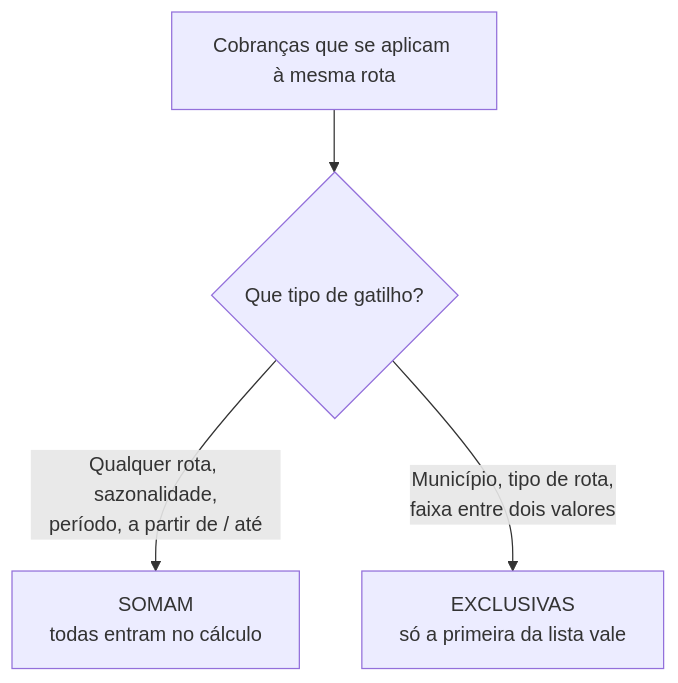
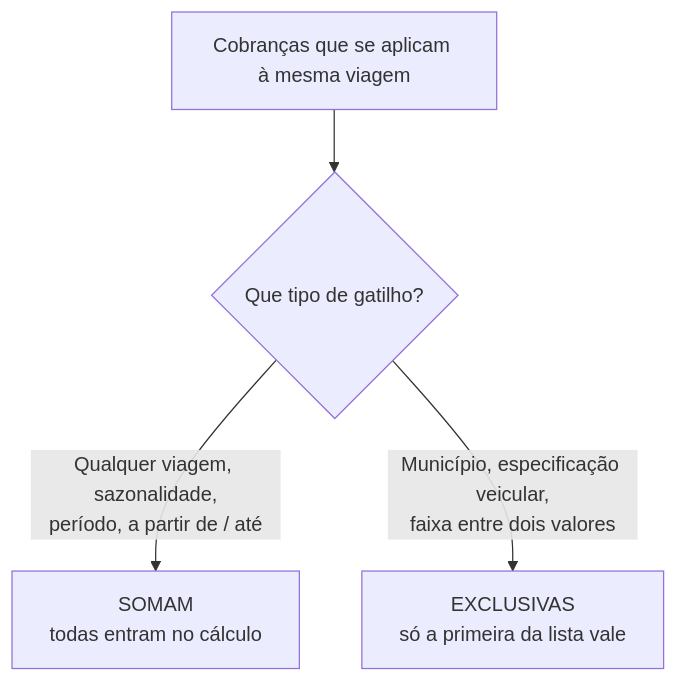
One commit to LocFlowTeam/locflow-docs changed the diagram in configuracoes/motor-de-frete-cobrancas.md. Above: the diagram before and after it, drawn with Mermaid. The commit also changed other lines of this file and 25 other files, not shown here.

````diff
--- a/configuracoes/motor-de-frete-cobrancas.md
+++ b/configuracoes/motor-de-frete-cobrancas.md
@@ -133,6 +137,6 @@
 ```mermaid
 flowchart TD
-    A[Cobranças que se aplicam à mesma rota] --> B{Que tipo de gatilho?}
-    B -->|Qualquer rota, sazonalidade,<br/>período, a partir de / até| C[SOMAM<br/>todas entram no cálculo]
-    B -->|Município, tipo de rota,<br/>faixa entre dois valores| D[EXCLUSIVAS<br/>só a primeira da lista vale]
+    A[Cobranças que se aplicam à mesma viagem] --> B{Que tipo de gatilho?}
+    B -->|Qualquer viagem, sazonalidade,<br/>período, a partir de / até| C[SOMAM<br/>todas entram no cálculo]
+    B -->|Município, especificação veicular,<br/>faixa entre dois valores| D[EXCLUSIVAS<br/>só a primeira da lista vale]
 ```
````
